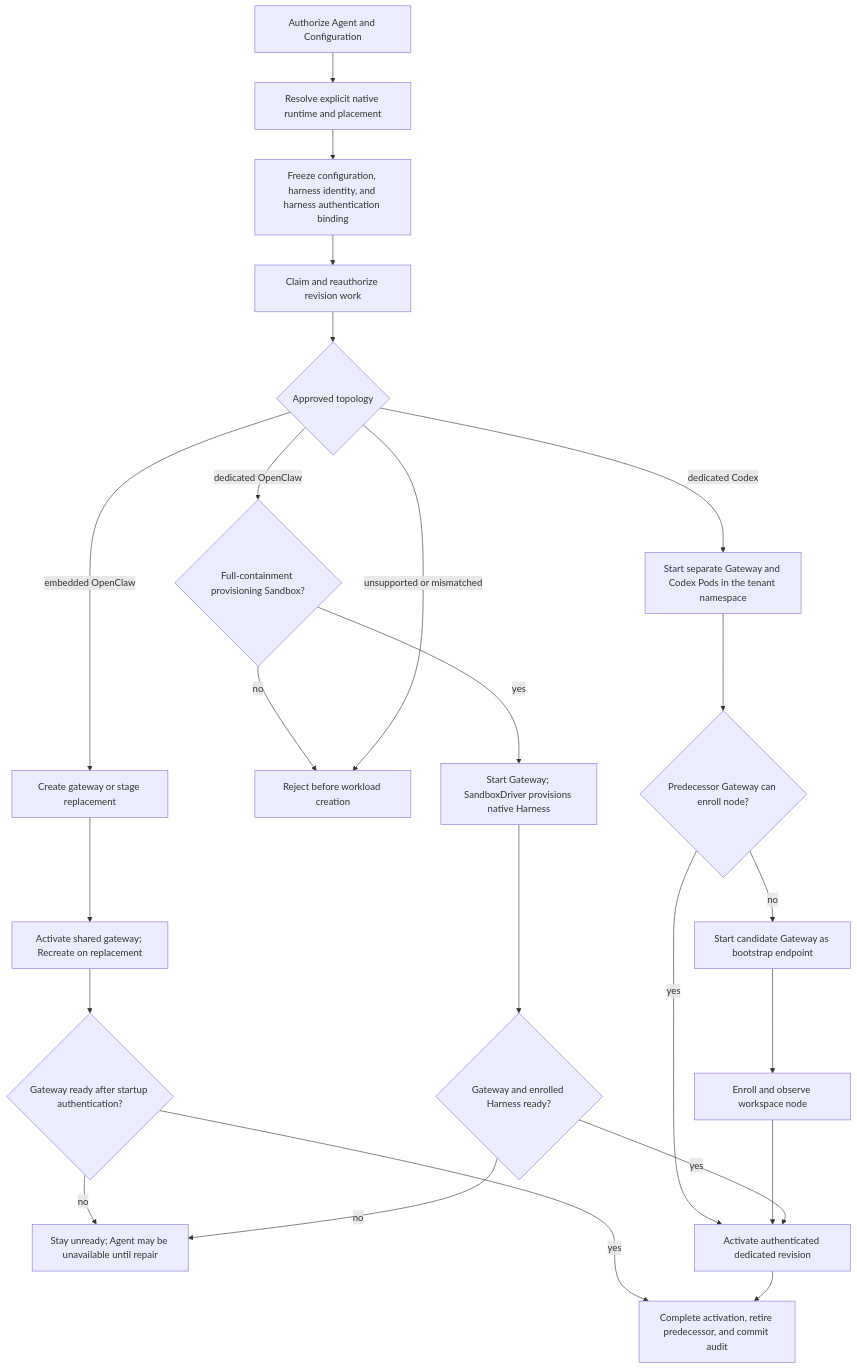
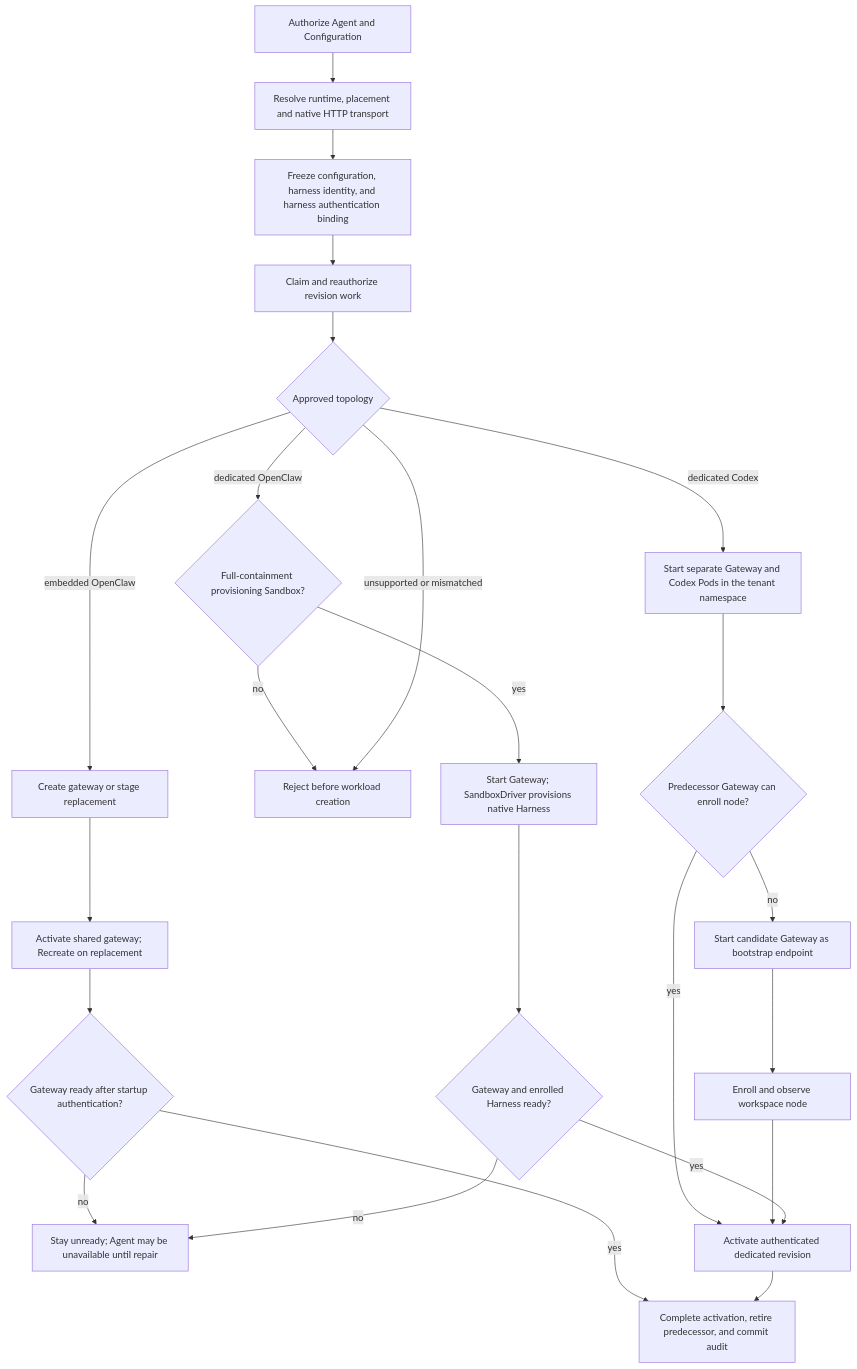
The diagram in docs/flows/harness-execution-topology.md (ericcaiwx-star/openclaw-enterprise), drawn with Mermaid before and after one commit. The commit also changed other lines of this file and 15 other files, not shown here.

Commit message:
fix(compute): refuse native TLS on private HTTP listeners

````diff
--- a/docs/flows/harness-execution-topology.md
+++ b/docs/flows/harness-execution-topology.md
@@ -27,26 +27,26 @@
 ```mermaid
 graph TD
-  A["Authorize Agent and Configuration"] --> B["Resolve explicit native runtime and placement"]
+  A["Authorize Agent and Configuration"] --> B["Resolve runtime, placement and native HTTP transport"]
   B --> C["Freeze configuration, harness identity, and harness authentication binding"]
   C --> D["Claim and reauthorize revision work"]
   D --> E{"Approved topology"}
   E -->|embedded OpenClaw| F["Create gateway or stage replacement"]
   E -->|dedicated Codex| G["Start separate Gateway and Codex Pods in the tenant namespace"]
   E -->|dedicated OpenClaw| Q{"Full-containment provisioning Sandbox?"}
   Q -->|no| H
   Q -->|yes| R["Start Gateway; SandboxDriver provisions native Harness"]
   E -->|unsupported or mismatched| H["Reject before workload creation"]
   F --> I["Activate shared gateway; Recreate on replacement"]
   I --> K{"Gateway ready after startup authentication?"}
   K -->|no| L["Stay unready; Agent may be unavailable until repair"]
   K -->|yes| J["Complete activation, retire predecessor, and commit audit"]
   G --> N{"Predecessor Gateway can enroll node?"}
   N -->|yes| M["Activate authenticated dedicated revision"]
   N -->|no| O["Start candidate Gateway as bootstrap endpoint"]
   O --> P["Enroll and observe workspace node"]
   P --> M
   R --> S{"Gateway and enrolled Harness ready?"}
   S -->|no| L
   S -->|yes| M
   M --> J
 ```
````
